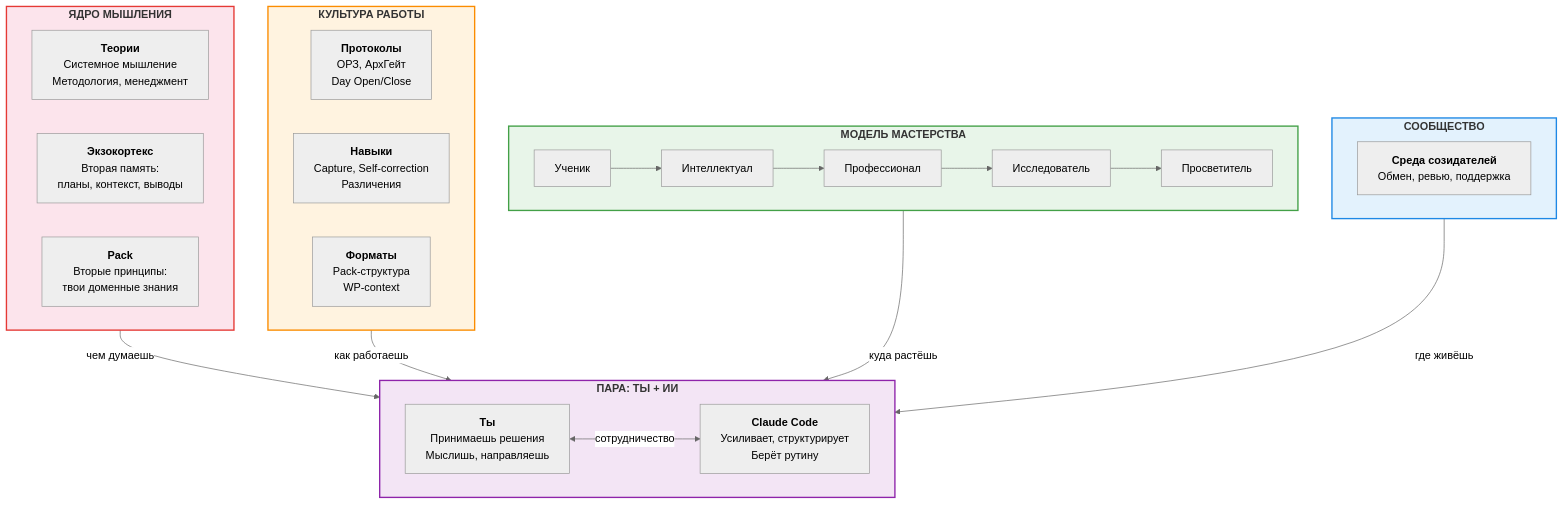
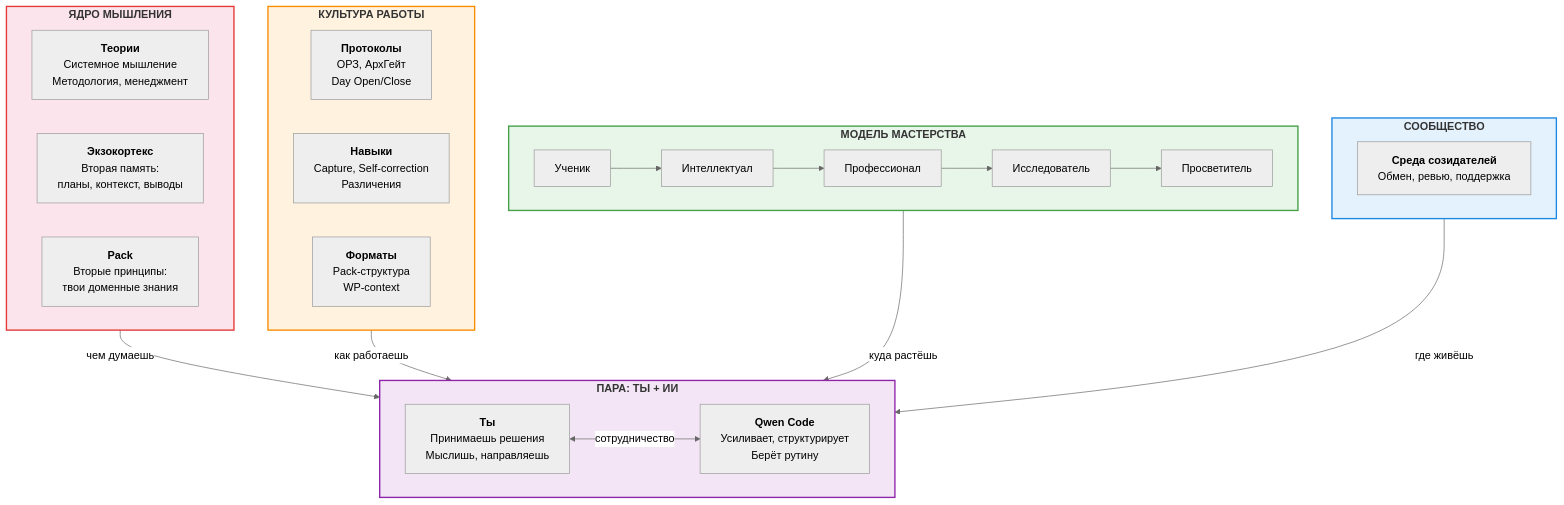
Before and after one commit to trover97/FMT-exocortex-template: the first of 8 diagrams in docs/onboarding/onboarding-diagrams.md, drawn with Mermaid (neutral theme). The commit also changed other lines of this file and 210 other files, not shown here.

First line of the commit message:
feat: адаптация шаблона под Qwen Code / Windows / offline

````diff
--- a/docs/onboarding/onboarding-diagrams.md
+++ b/docs/onboarding/onboarding-diagrams.md
@@ -11,42 +11,42 @@
 ```mermaid
 graph TB
     subgraph core["<b>ЯДРО МЫШЛЕНИЯ</b>"]
         direction LR
         THEORIES["<b>Теории</b><br/>Системное мышление<br/>Методология, менеджмент"]
         EXO["<b>Экзокортекс</b><br/>Вторая память:<br/>планы, контекст, выводы"]
         PACK["<b>Pack</b><br/>Вторые принципы:<br/>твои доменные знания"]
     end
 
     subgraph culture["<b>КУЛЬТУРА РАБОТЫ</b>"]
         direction LR
         PROTOCOLS["<b>Протоколы</b><br/>ОРЗ, АрхГейт<br/>Day Open/Close"]
         SKILLS["<b>Навыки</b><br/>Capture, Self-correction<br/>Различения"]
         FORMATS["<b>Форматы</b><br/>Pack-структура<br/>WP-context"]
     end
 
     subgraph mastery["<b>МОДЕЛЬ МАСТЕРСТВА</b>"]
         M1["Ученик"] --> M2["Интеллектуал"] --> M3["Профессионал"] --> M4["Исследователь"] --> M5["Просветитель"]
     end
 
     subgraph community["<b>СООБЩЕСТВО</b>"]
         COMM["<b>Среда созидателей</b><br/>Обмен, ревью, поддержка"]
     end
 
     subgraph pair["<b>ПАРА: ТЫ + ИИ</b>"]
         direction LR
         USER["<b>Ты</b><br/>Принимаешь решения<br/>Мыслишь, направляешь"]
-        AI["<b>Claude Code</b><br/>Усиливает, структурирует<br/>Берёт рутину"]
+        AI["<b>Qwen Code</b><br/>Усиливает, структурирует<br/>Берёт рутину"]
         USER <-->|"сотрудничество"| AI
     end
 
     core -->|"чем думаешь"| pair
     culture -->|"как работаешь"| pair
     mastery -->|"куда растёшь"| pair
     community -->|"где живёшь"| pair
 
     style core fill:#fce4ec,stroke:#e53935,stroke-width:2px
     style culture fill:#fff3e0,stroke:#fb8c00,stroke-width:2px
     style mastery fill:#e8f5e9,stroke:#43a047,stroke-width:2px
     style community fill:#e3f2fd,stroke:#1e88e5,stroke-width:2px
     style pair fill:#f3e5f5,stroke:#8e24aa,stroke-width:2px
 ```
````
